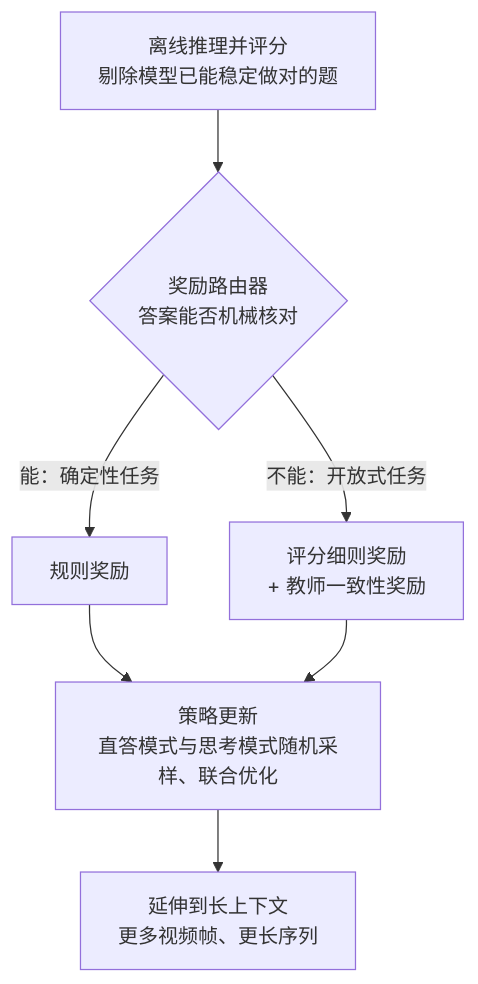
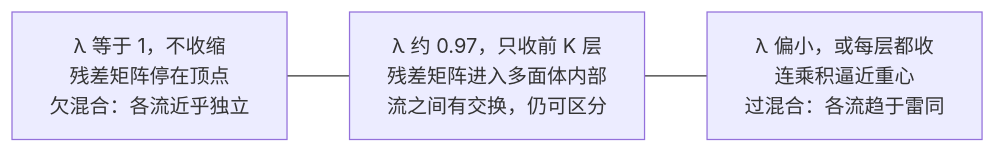
One commit to yingwang/paper-reads changed the fourth of 4 diagrams in docs/index.md. Above: the diagram before and after it, drawn with Mermaid. The commit also changed other lines of this file and 2 other files, not shown here.

````diff
--- a/docs/index.md
+++ b/docs/index.md
@@ -208,9 +177,5 @@
 ```mermaid
-flowchart TB
-    S["离线推理并评分<br/>剔除模型已能稳定做对的题"] --> R{"奖励路由器<br/>答案能否机械核对"}
-    R -- "能：确定性任务" --> R1["规则奖励"]
-    R -- "不能：开放式任务" --> R2["评分细则奖励<br/>+ 教师一致性奖励"]
-    R1 --> U["策略更新<br/>直答模式与思考模式随机采样、联合优化"]
-    R2 --> U
-    U --> X["延伸到长上下文<br/>更多视频帧、更长序列"]
+flowchart LR
+    A["λ 等于 1，不收缩<br/>残差矩阵停在顶点<br/>欠混合：各流近乎独立"] --- B["λ 约 0.97，只收前 K 层<br/>残差矩阵进入多面体内部<br/>流之间有交换，仍可区分"]
+    B --- C["λ 偏小，或每层都收<br/>连乘积逼近重心<br/>过混合：各流趋于雷同"]
 ```
````
